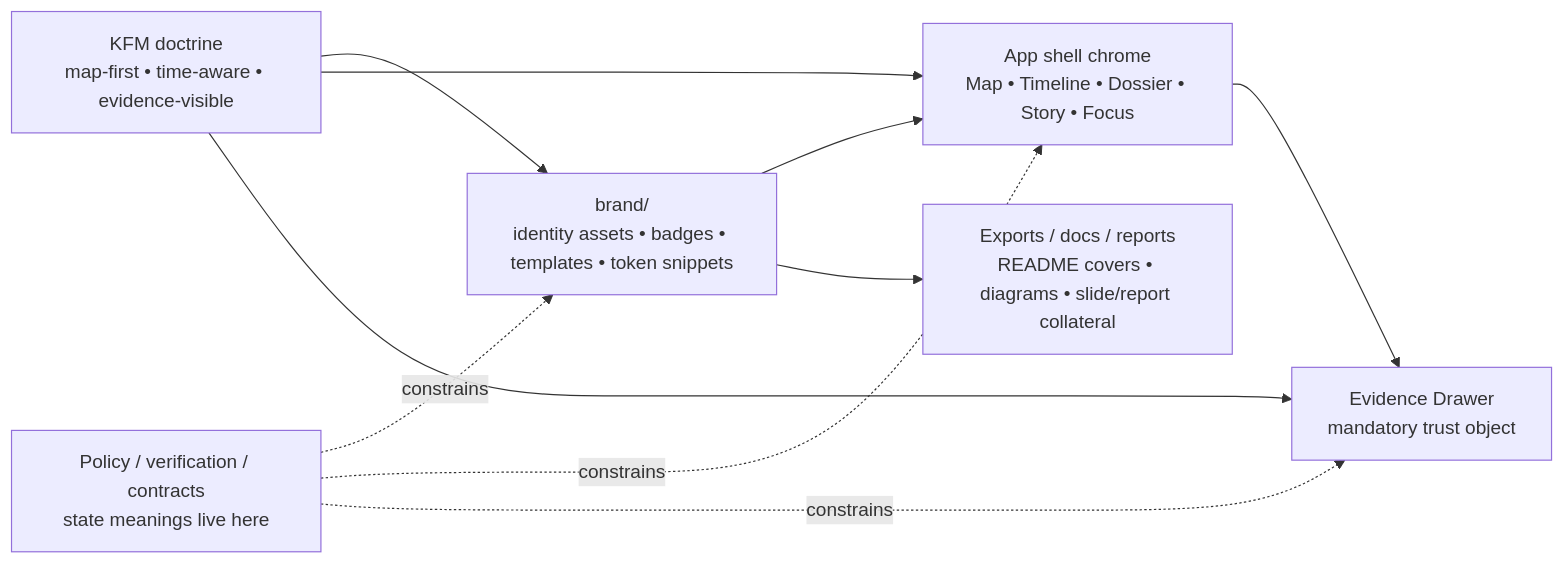
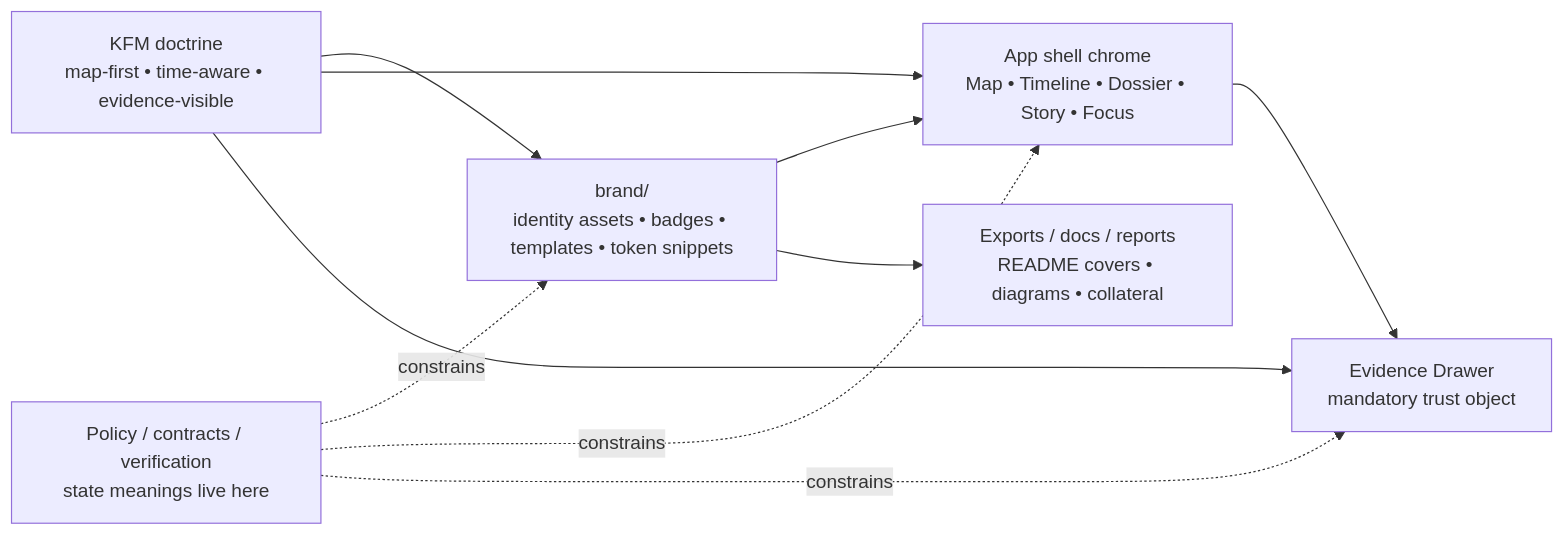
Before and after one commit to bartytime4life/Kansas-Frontier-Matrix: the diagram in brand/README.md, drawn with Mermaid. The commit also changed other lines of this file, not shown here.

First line of the commit message:
Revise brand README for clarity and verification

````diff
--- a/brand/README.md
+++ b/brand/README.md
@@ -174,19 +184,19 @@
 ```mermaid
 flowchart LR
     D["KFM doctrine<br/>map-first • time-aware • evidence-visible"]
-    P["Policy / verification / contracts<br/>state meanings live here"]
+    P["Policy / contracts / verification<br/>state meanings live here"]
     B["brand/<br/>identity assets • badges • templates • token snippets"]
     S["App shell chrome<br/>Map • Timeline • Dossier • Story • Focus"]
     E["Evidence Drawer<br/>mandatory trust object"]
-    X["Exports / docs / reports<br/>README covers • diagrams • slide/report collateral"]
+    X["Exports / docs / reports<br/>README covers • diagrams • collateral"]
 
     D --> B
     D --> S
     D --> E
     P -. constrains .-> B
     P -. constrains .-> S
     P -. constrains .-> E
     B --> S
     B --> X
     S --> E
 ```
````
